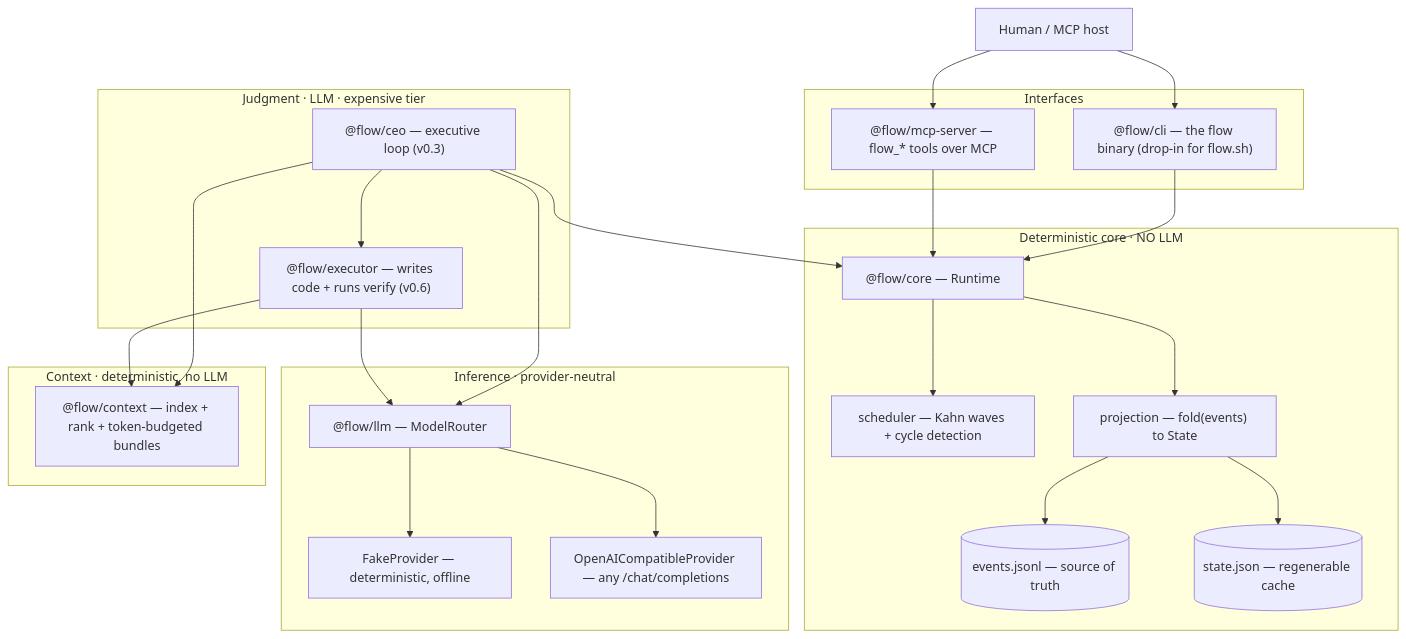
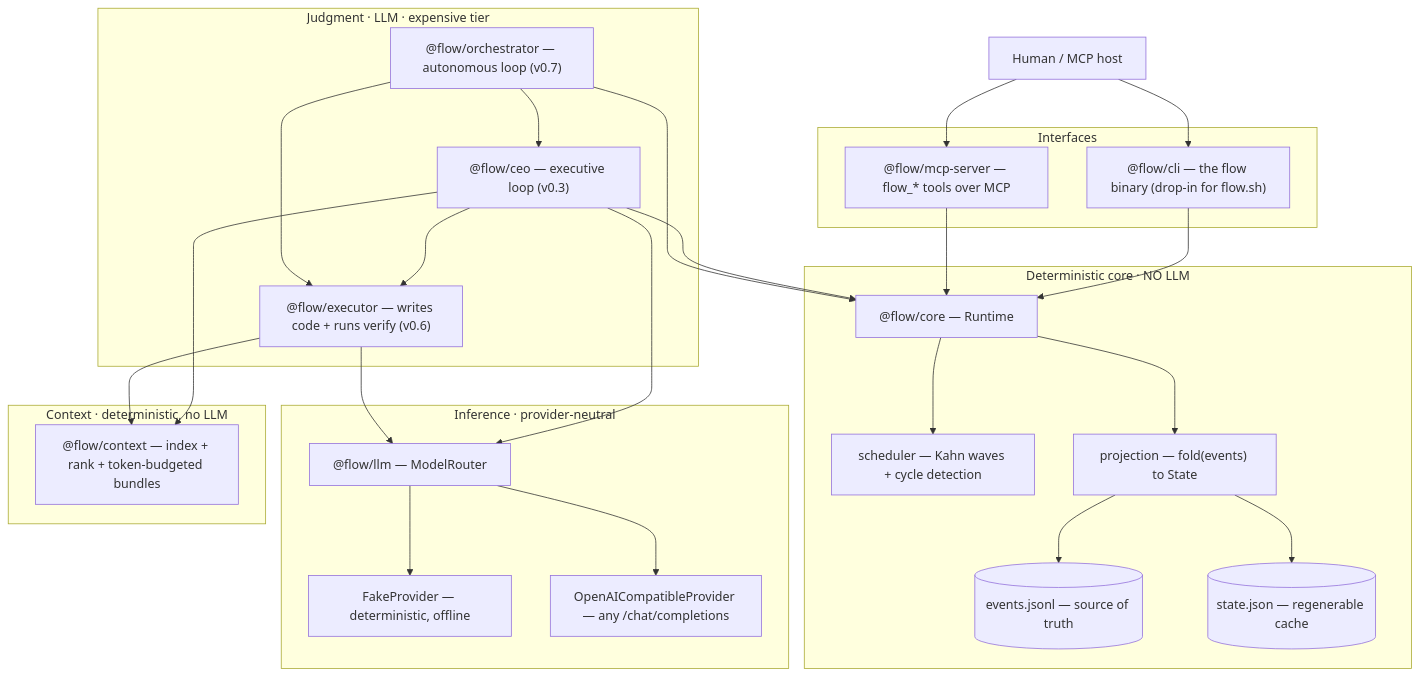
Before and after one commit to l3vram/flow-harness: the first of 4 diagrams in ARCHITECTURE.md, drawn with Mermaid. The commit also changed other lines of this file, not shown here.

First line of the commit message:
docs: mark v0.7 (@flow/orchestrator) done — autonomous loop closed

````diff
--- a/ARCHITECTURE.md
+++ b/ARCHITECTURE.md
@@ -17,49 +17,53 @@
 ```mermaid
 flowchart TB
   Human["Human / MCP host"]
 
   subgraph Interfaces["Interfaces"]
     CLI["@flow/cli — the flow binary (drop-in for flow.sh)"]
     MCP["@flow/mcp-server — flow_* tools over MCP"]
   end
 
   subgraph Brain["Judgment · LLM · expensive tier"]
     CEO["@flow/ceo — executive loop (v0.3)"]
     EXEC["@flow/executor — writes code + runs verify (v0.6)"]
+    ORCH["@flow/orchestrator — autonomous loop (v0.7)"]
   end
 
   subgraph Deterministic["Deterministic core · NO LLM"]
     CORE["@flow/core — Runtime"]
     SCHED["scheduler — Kahn waves + cycle detection"]
     PROJ["projection — fold(events) to State"]
     LOG[("events.jsonl — source of truth")]
     STATE[("state.json — regenerable cache")]
   end
 
   subgraph Inference["Inference · provider-neutral"]
     LLM["@flow/llm — ModelRouter"]
     FAKE["FakeProvider — deterministic, offline"]
     OAI["OpenAICompatibleProvider — any /chat/completions"]
   end
 
   subgraph Context["Context · deterministic, no LLM"]
     CTX["@flow/context — index + rank + token-budgeted bundles"]
   end
 
   Human --> CLI
   Human --> MCP
   CLI --> CORE
   MCP --> CORE
   CEO --> CORE
   CEO --> LLM
   CEO --> CTX
   CEO --> EXEC
   EXEC --> LLM
   EXEC --> CTX
+  ORCH --> CEO
+  ORCH --> EXEC
+  ORCH --> CORE
   LLM --> FAKE
   LLM --> OAI
   CORE --> SCHED
   CORE --> PROJ
   PROJ --> LOG
   PROJ --> STATE
 ```
````
